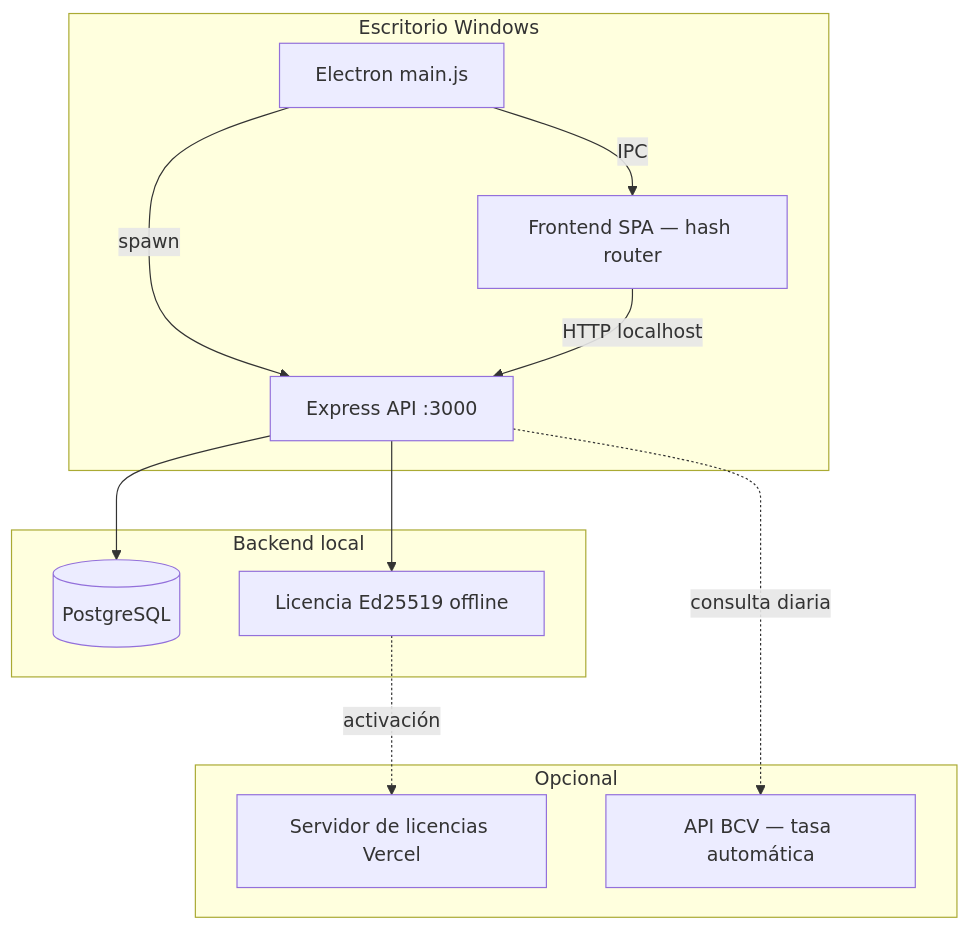
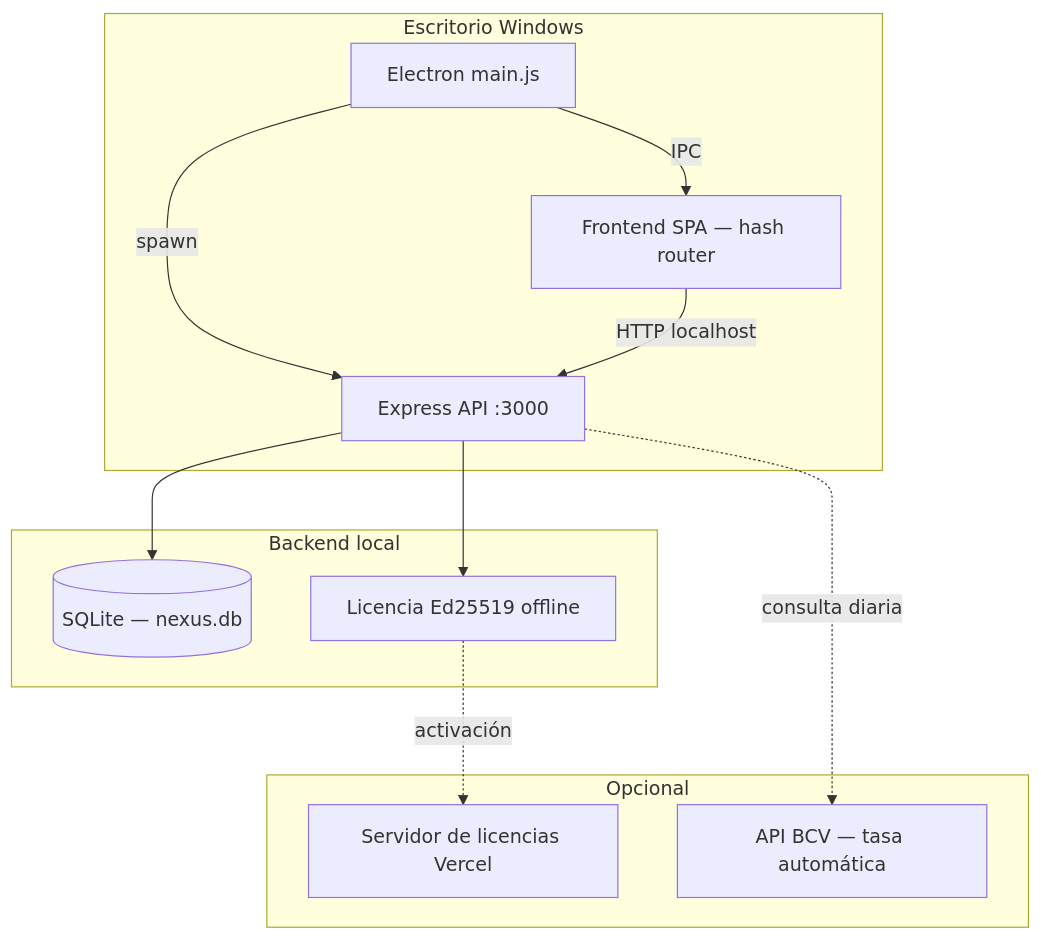
Before and after one commit to nasmityo2/Calculadora: the diagram in README.md, drawn with Mermaid. The commit also changed other lines of this file, not shown here.

````diff
--- a/README.md
+++ b/README.md
@@ -171,25 +167,21 @@
 ```mermaid
 flowchart TB
   subgraph desktop["Escritorio Windows"]
     E[Electron main.js]
     R[Frontend SPA — hash router]
     E -->|IPC| R
     E -->|spawn| S
   end
-
   subgraph backend["Backend local"]
     S[Express API :3000]
-    S --> DB[(PostgreSQL)]
+    S --> DB[(SQLite — nexus.db)]
     S --> L[Licencia Ed25519 offline]
   end
-
   R -->|HTTP localhost| S
-
   subgraph optional["Opcional"]
     LS[Servidor de licencias Vercel]
     API[API BCV — tasa automática]
   end
-
   L -.->|activación| LS
   S -.->|consulta diaria| API
 ```
````
